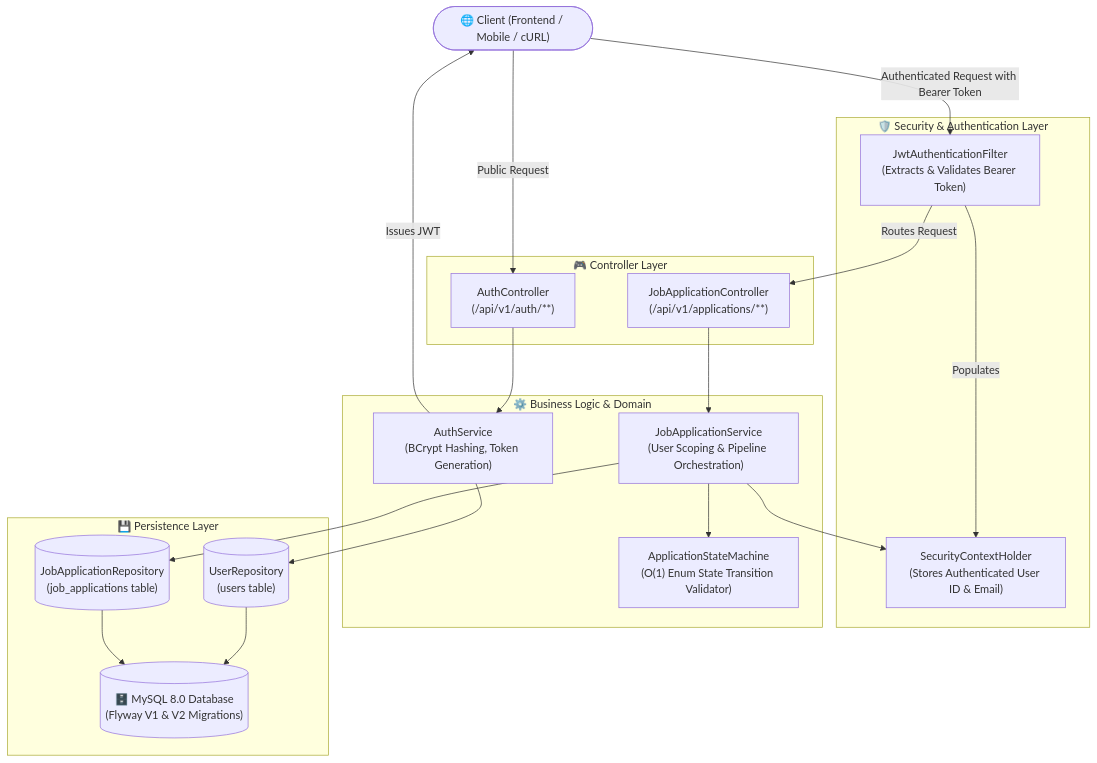
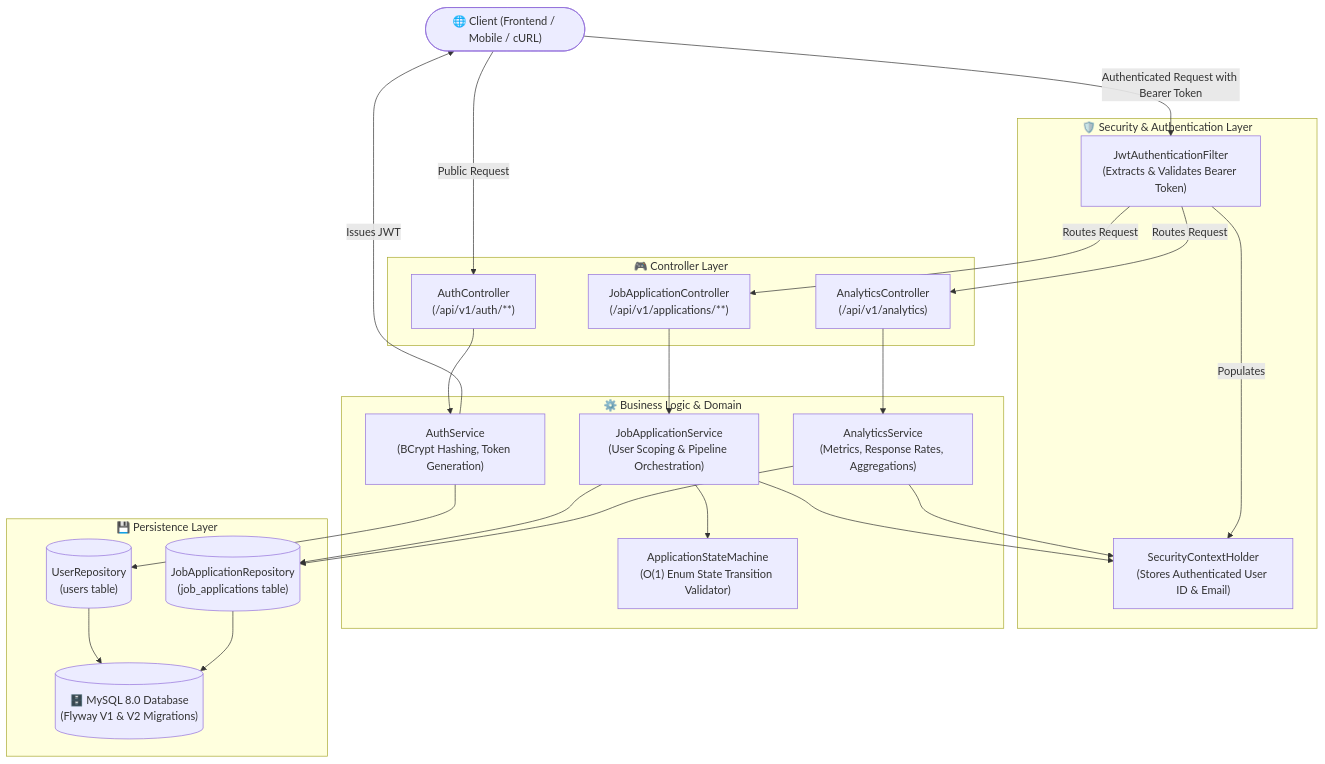
One commit to pbanakar/huntlog changed the first of 4 diagrams in ARCHITECTURE.md. Above: the diagram before and after it, drawn with Mermaid. The commit also changed other lines of this file and 10 other files, not shown here.

First line of the commit message:
feat: add user analytics and pipeline metrics endpoint (Phase 3a)

````diff
--- a/ARCHITECTURE.md
+++ b/ARCHITECTURE.md
@@ -11,43 +11,50 @@
 ```mermaid
 flowchart TD
     Client(["🌐 Client (Frontend / Mobile / cURL)"])
     
     subgraph SpringSecurity ["🛡️ Security & Authentication Layer"]
         JwtFilter["JwtAuthenticationFilter\n(Extracts & Validates Bearer Token)"]
         SecurityCtx["SecurityContextHolder\n(Stores Authenticated User ID & Email)"]
     end
 
     subgraph ControllerLayer ["🎮 Controller Layer"]
         AuthCtrl["AuthController\n(/api/v1/auth/**)"]
         AppCtrl["JobApplicationController\n(/api/v1/applications/**)"]
+        AnalyticsCtrl["AnalyticsController\n(/api/v1/analytics)"]
     end
 
     subgraph ServiceLayer ["⚙️ Business Logic & Domain"]
         AuthService["AuthService\n(BCrypt Hashing, Token Generation)"]
         AppService["JobApplicationService\n(User Scoping & Pipeline Orchestration)"]
+        AnalyticsService["AnalyticsService\n(Metrics, Response Rates, Aggregations)"]
         StateMachine["ApplicationStateMachine\n(O(1) Enum State Transition Validator)"]
     end
 
     subgraph PersistenceLayer ["💾 Persistence Layer"]
         UserRepo[("UserRepository\n(users table)")]
         AppRepo[("JobApplicationRepository\n(job_applications table)")]
         MySQL[("🗄️ MySQL 8.0 Database\n(Flyway V1 & V2 Migrations)")]
     end
 
     Client -->|Public Request| AuthCtrl
     Client -->|Authenticated Request with Bearer Token| JwtFilter
     JwtFilter -->|Populates| SecurityCtx
     JwtFilter -->|Routes Request| AppCtrl
+    JwtFilter -->|Routes Request| AnalyticsCtrl
     
     AuthCtrl --> AuthService
     AuthService --> UserRepo
     AuthService -->|Issues JWT| Client
     
     AppCtrl --> AppService
     AppService --> SecurityCtx
     AppService --> StateMachine
     AppService --> AppRepo
     
+    AnalyticsCtrl --> AnalyticsService
+    AnalyticsService --> SecurityCtx
+    AnalyticsService --> AppRepo
+    
     UserRepo --> MySQL
     AppRepo --> MySQL
 ```
````
